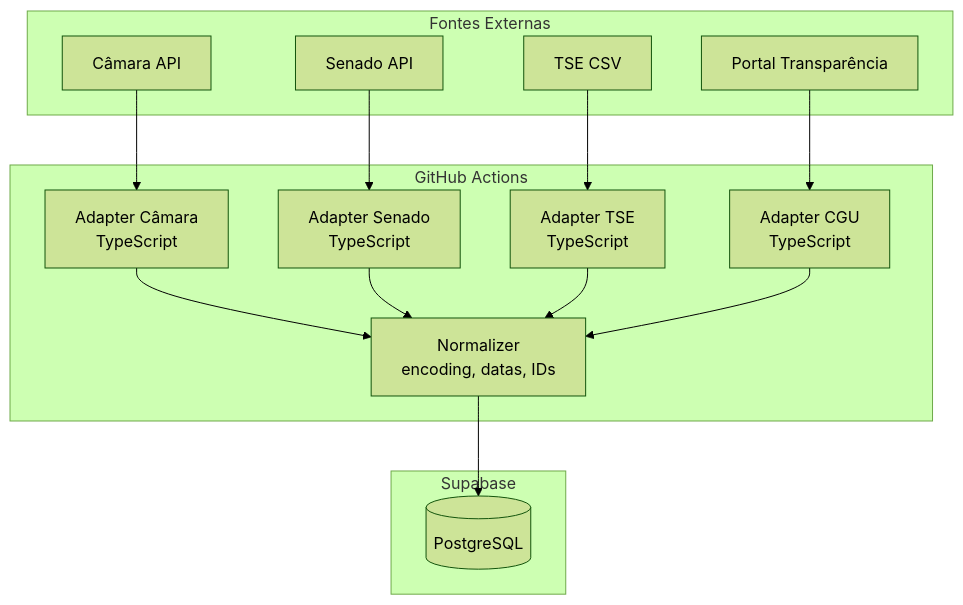
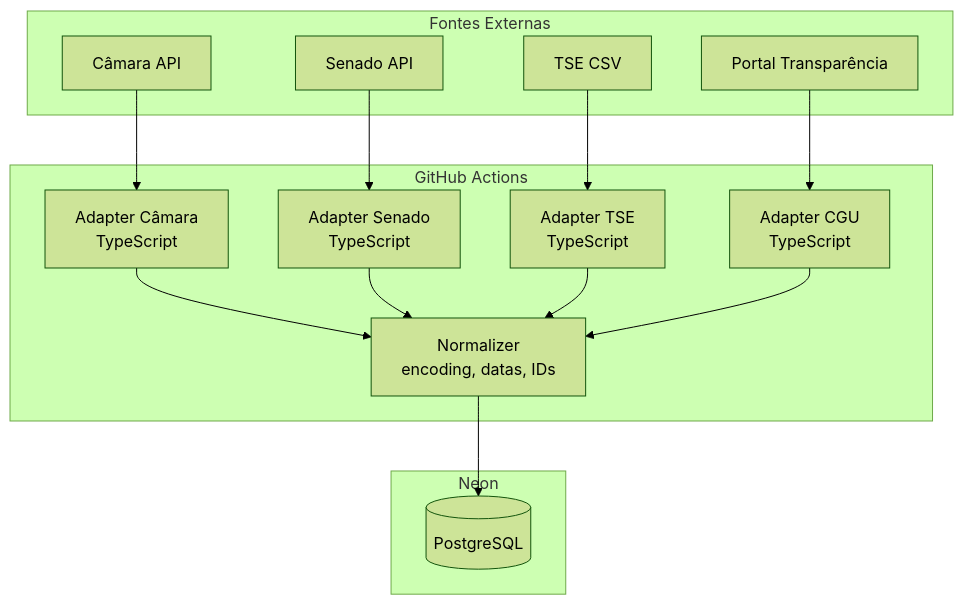
One commit to FabioCaffarello/brasil-a-vera changed the diagram in docs/architecture/DATA-SOURCES.md. Above: the diagram before and after it, drawn with Mermaid (forest theme). The commit also changed other lines of this file and 13 other files, not shown here.

````diff
--- a/docs/architecture/DATA-SOURCES.md
+++ b/docs/architecture/DATA-SOURCES.md
@@ -165,33 +165,33 @@
 ```mermaid
 flowchart TD
     subgraph Fontes Externas
         CAM[Câmara API]
         SEN[Senado API]
         TSE[TSE CSV]
         CGU[Portal Transparência]
     end
 
     subgraph "GitHub Actions"
         AC[Adapter Câmara<br/>TypeScript]
         AS[Adapter Senado<br/>TypeScript]
         AT[Adapter TSE<br/>TypeScript]
         ACGU[Adapter CGU<br/>TypeScript]
         NORM[Normalizer<br/>encoding, datas, IDs]
     end
 
-    subgraph "Supabase"
+    subgraph "Neon"
         PG[(PostgreSQL)]
     end
 
     CAM --> AC
     SEN --> AS
     TSE --> AT
     CGU --> ACGU
 
     AC --> NORM
     AS --> NORM
     AT --> NORM
     ACGU --> NORM
 
     NORM --> PG
 ```
````
